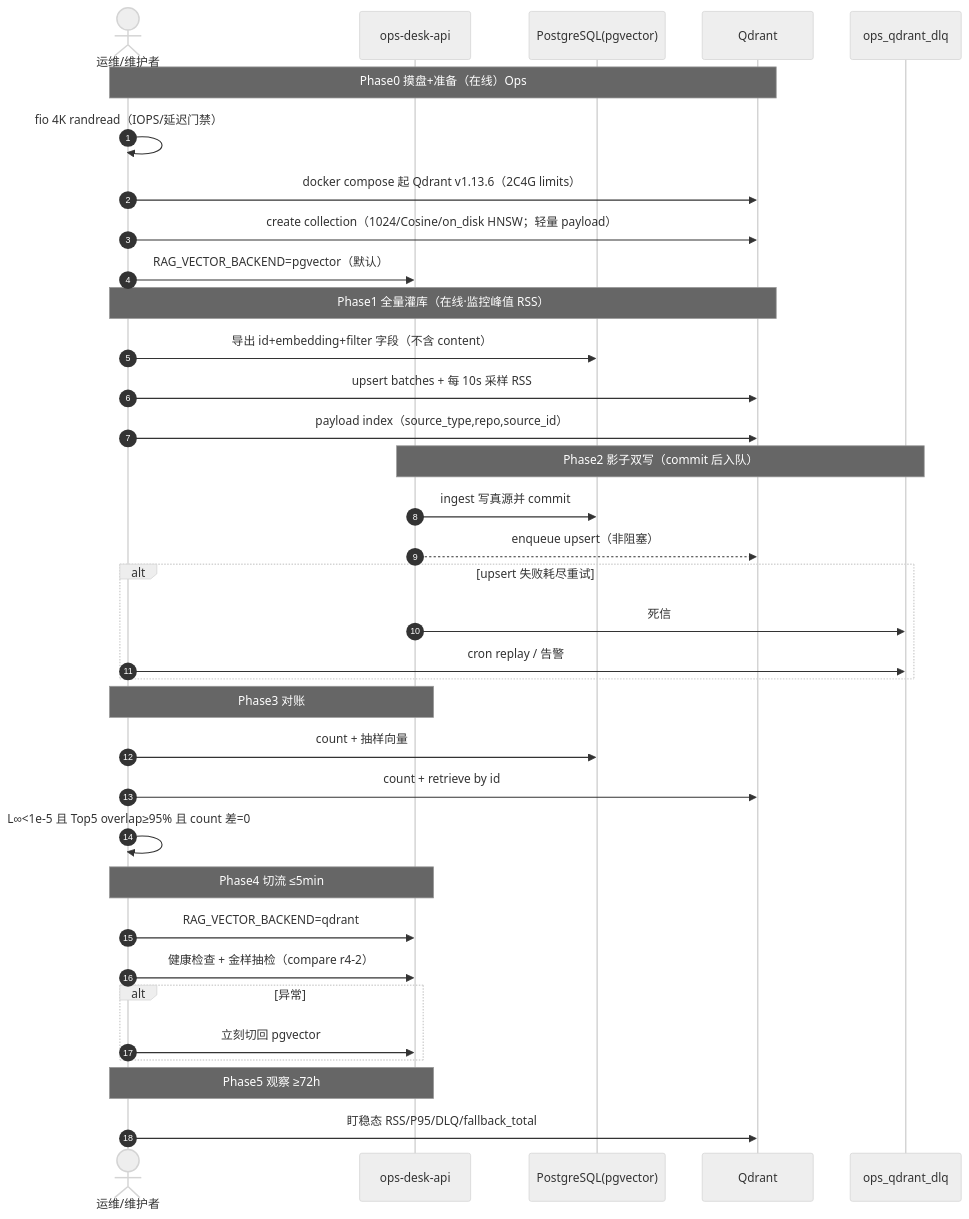
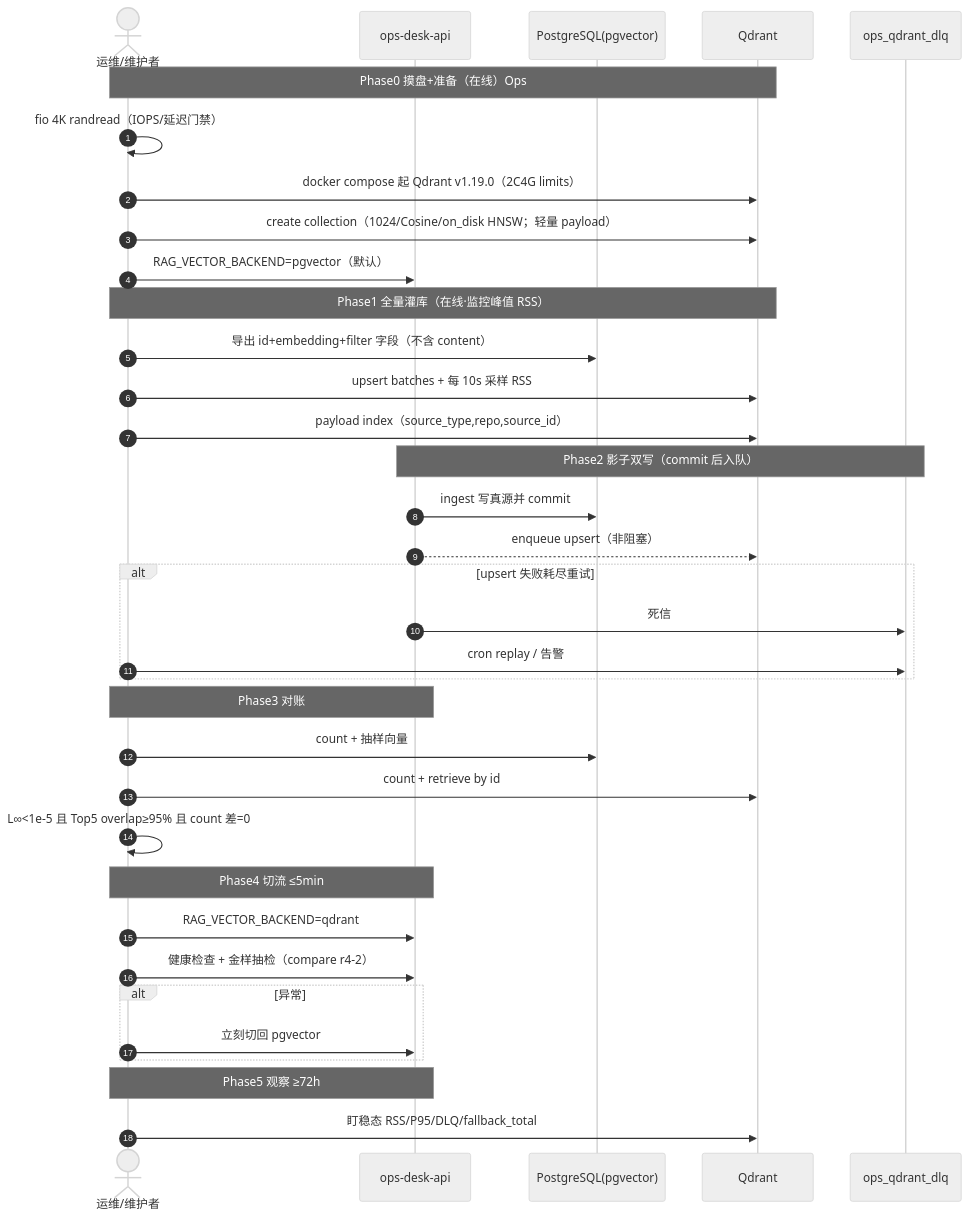
One commit to Cyning12/ops-desk-api changed the diagram in docs/spec/SPEC-qdrant-migration_v1.md. Above: the diagram before and after it, drawn with Mermaid (neutral theme). The commit also changed other lines of this file and 9 other files, not shown here.

````diff
--- a/docs/spec/SPEC-qdrant-migration_v1.md
+++ b/docs/spec/SPEC-qdrant-migration_v1.md
@@ -218,43 +218,43 @@
 ```mermaid
 sequenceDiagram
     autonumber
     actor Ops as 运维/维护者
     participant API as ops-desk-api
     participant PG as PostgreSQL(pgvector)
     participant Q as Qdrant
     participant DLQ as ops_qdrant_dlq
 
     Note over Ops,Q: Phase0 摸盘+准备（在线）Ops
     Ops->>Ops: fio 4K randread（IOPS/延迟门禁）
-    Ops->>Q: docker compose 起 Qdrant v1.13.6（2C4G limits）
+    Ops->>Q: docker compose 起 Qdrant v1.19.0（2C4G limits）
     Ops->>Q: create collection（1024/Cosine/on_disk HNSW；轻量 payload）
     Ops->>API: RAG_VECTOR_BACKEND=pgvector（默认）
 
     Note over Ops,Q: Phase1 全量灌库（在线·监控峰值 RSS）
     Ops->>PG: 导出 id+embedding+filter 字段（不含 content）
     Ops->>Q: upsert batches + 每 10s 采样 RSS
     Ops->>Q: payload index（source_type,repo,source_id）
 
     Note over API,DLQ: Phase2 影子双写（commit 后入队）
     API->>PG: ingest 写真源并 commit
     API-->>Q: enqueue upsert（非阻塞）
     alt upsert 失败耗尽重试
         API->>DLQ: 死信
         Ops->>DLQ: cron replay / 告警
     end
 
     Note over Ops,API: Phase3 对账
     Ops->>PG: count + 抽样向量
     Ops->>Q: count + retrieve by id
     Ops->>Ops: L∞<1e-5 且 Top5 overlap≥95% 且 count 差=0
 
     Note over Ops,API: Phase4 切流 ≤5min
     Ops->>API: RAG_VECTOR_BACKEND=qdrant
     Ops->>API: 健康检查 + 金样抽检（compare r4-2）
     alt 异常
         Ops->>API: 立刻切回 pgvector
     end
 
     Note over Ops,API: Phase5 观察 ≥72h
     Ops->>Q: 盯稳态 RSS/P95/DLQ/fallback_total
 ```
````
